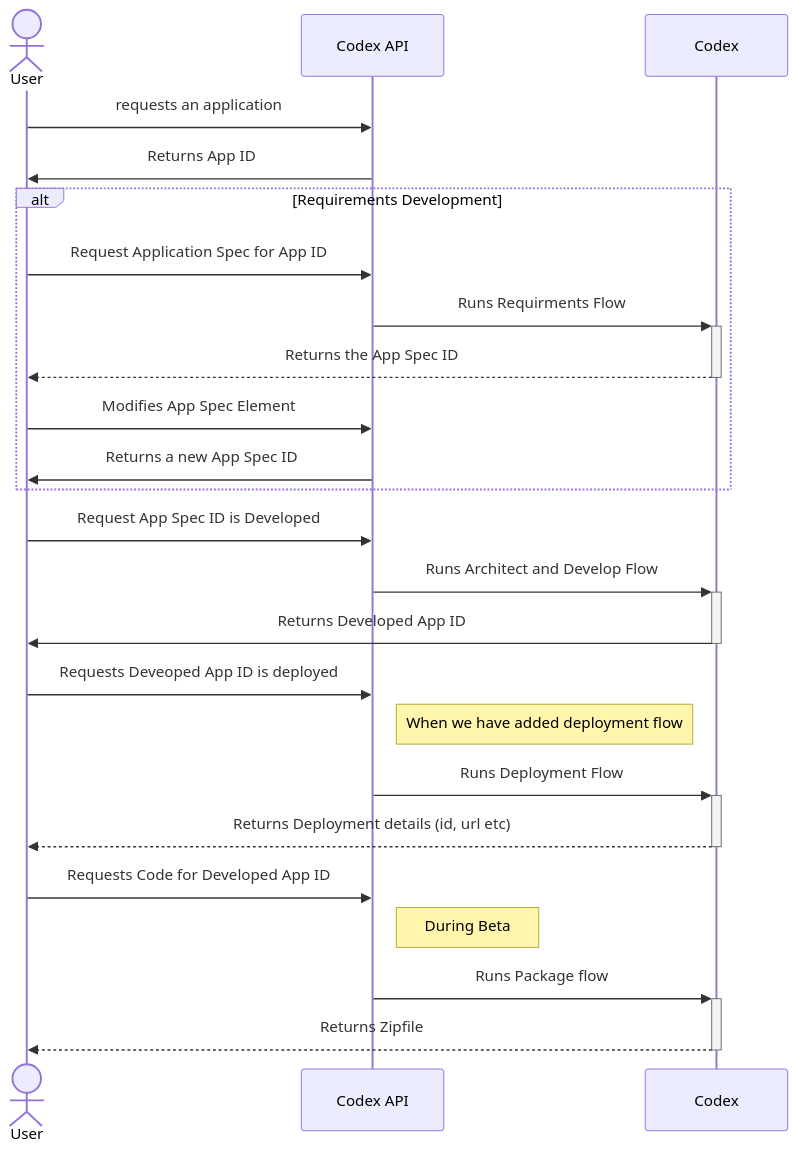
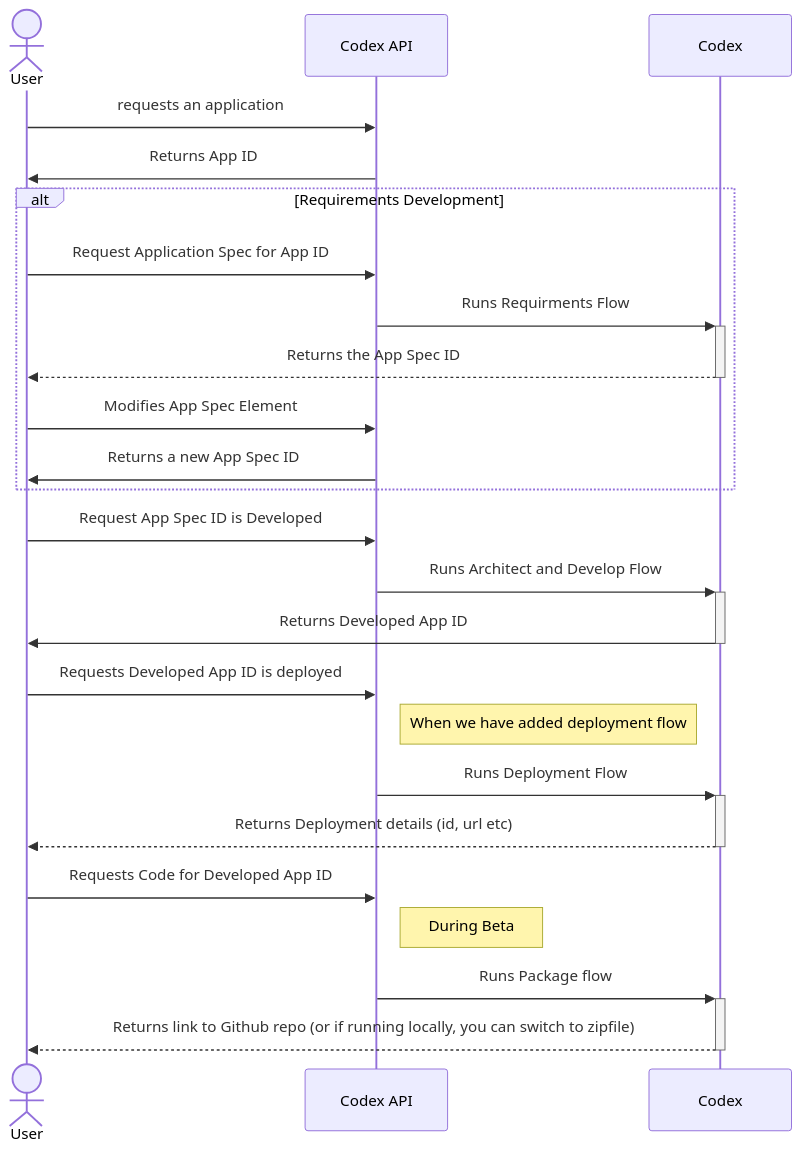
The second of 4 diagrams in README.md (Significant-Gravitas/AutoGPT-Code-Ability), drawn with Mermaid before and after one commit. The commit also changed other lines of this file, not shown here.

````diff
--- a/README.md
+++ b/README.md
@@ -183,38 +213,38 @@
 ```mermaid
 
 sequenceDiagram
     actor User
     participant API as Codex API
     participant Codex
 
 
     User->>API: requests an application
     API->>User: Returns App ID
     alt Requirements Development
       User->>API: Request Application Spec for App ID
       API->>+Codex: Runs Requirments Flow
       Codex-->>-User: Returns the App Spec ID
       User->>API: Modifies App Spec Element
       API->>User: Returns a new App Spec ID
     end
 
     User->>API: Request App Spec ID is Developed
     API->>+Codex: Runs Architect and Develop Flow
 
     Codex->>-User: Returns Developed App ID
 
-    User->>API: Requests Deveoped App ID is deployed
+    User->>API: Requests Developed App ID is deployed
     Note right of API: When we have added deployment flow
 
     API->>+Codex: Runs Deployment Flow
     Codex-->>-User: Returns Deployment details (id, url etc)
 
 
     User->>API: Requests Code for Developed App ID
     Note right of API: During Beta
 
     API->>+Codex: Runs Package flow
 
-    Codex-->>-User: Returns Zipfile
+    Codex-->>-User: Returns link to Github repo (or if running locally, you can switch to zipfile)
 
 ```
````
